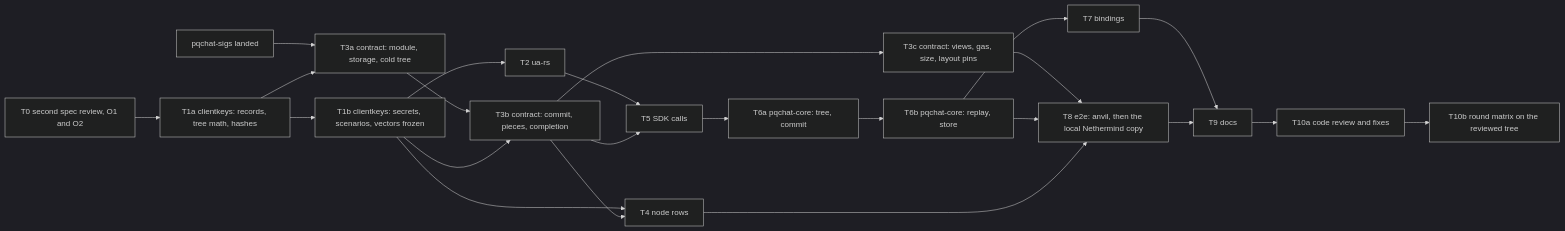
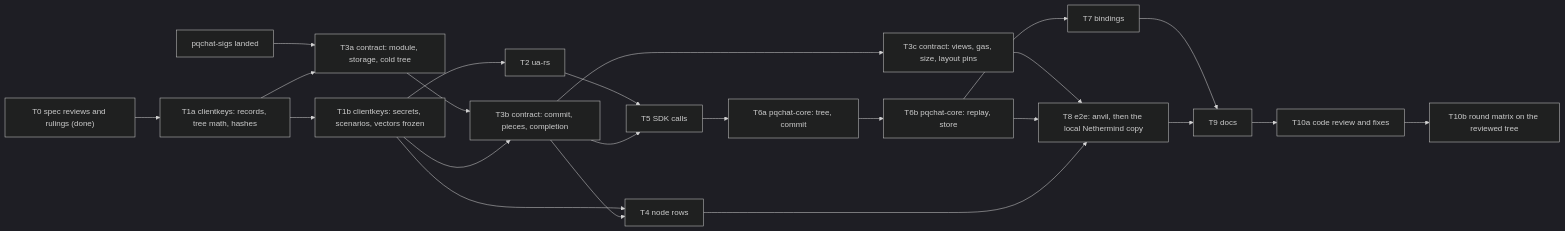
Before and after one commit to dinhduongha/scaas: the diagram in docs/superpowers/plans/2026-11-23-pqchat-treekem.md, drawn with Mermaid (dark theme). The commit also changed other lines of this file, not shown here.

First line of the commit message:
docs: PqChat TreeKEM plan, revision 3: tasks, edges and effort after the second review round

````diff
--- a/docs/superpowers/plans/2026-11-23-pqchat-treekem.md
+++ b/docs/superpowers/plans/2026-11-23-pqchat-treekem.md
@@ -22,25 +26,25 @@
 ```mermaid
 flowchart LR
-  T0["T0 second spec review, O1 and O2"] --> T1a["T1a clientkeys: records, tree math, hashes"]
+  T0["T0 spec reviews and rulings (done)"] --> T1a["T1a clientkeys: records, tree math, hashes"]
   T1a --> T1b["T1b clientkeys: secrets, scenarios, vectors frozen"]
   SIGS["pqchat-sigs landed"] --> T3a
   T1a --> T3a["T3a contract: module, storage, cold tree"]
   T3a --> T3b["T3b contract: commit, pieces, completion"]
   T1b --> T3b
   T3b --> T3c["T3c contract: views, gas, size, layout pins"]
   T1b --> T2["T2 ua-rs"]
   T1b --> T4["T4 node rows"]
   T3b --> T4
   T2 --> T5["T5 SDK calls"]
   T3b --> T5
   T5 --> T6a["T6a pqchat-core: tree, commit"]
   T6a --> T6b["T6b pqchat-core: replay, store"]
   T6b --> T7["T7 bindings"]
   T3c --> T8["T8 e2e: anvil, then the local Nethermind copy"]
   T6b --> T8
   T4 --> T8
   T7 --> T9["T9 docs"]
   T8 --> T9
   T9 --> T10a["T10a code review and fixes"]
   T10a --> T10b["T10b round matrix on the reviewed tree"]
 ```
````
